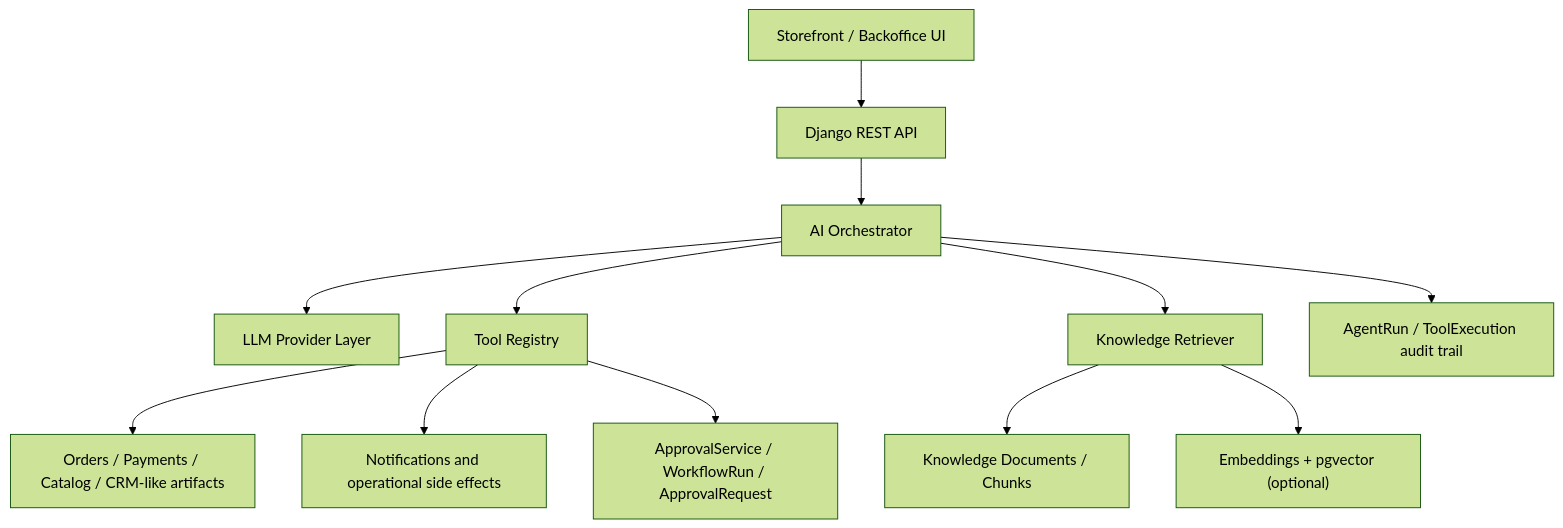
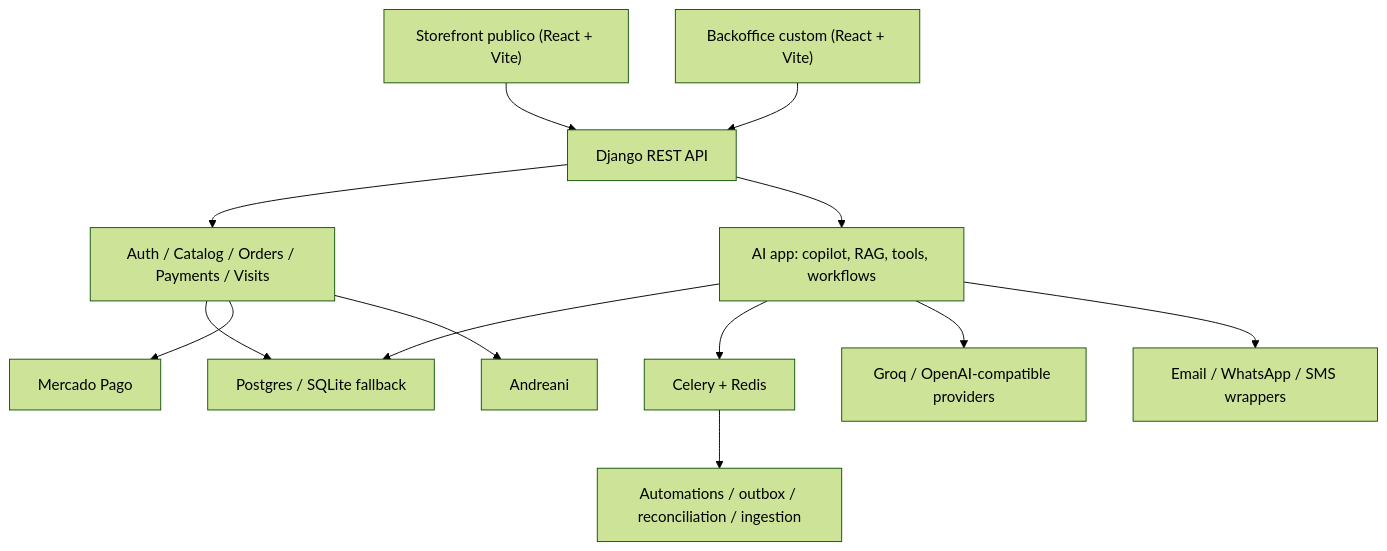
The first of 5 diagrams in README.md (villegasbraulio/La-Abeja), drawn with Mermaid (forest theme) before and after one commit. The commit also changed other lines of this file and 23 other files, not shown here.

````diff
--- a/README.md
+++ b/README.md
@@ -170,14 +32,15 @@
 ```mermaid
 flowchart TD
-    A["Storefront / Backoffice UI"] --> B["Django REST API"]
-    B --> C["AI Orchestrator"]
-    C --> D["LLM Provider Layer"]
-    C --> E["Tool Registry"]
-    C --> F["Knowledge Retriever"]
-    F --> G["Knowledge Documents / Chunks"]
-    F --> H["Embeddings + pgvector (optional)"]
-    E --> I["Orders / Payments / Catalog / CRM-like artifacts"]
-    E --> J["Notifications and operational side effects"]
-    C --> K["AgentRun / ToolExecution audit trail"]
-    E --> L["ApprovalService / WorkflowRun / ApprovalRequest"]
+    A["Storefront publico (React + Vite)"] --> B["Django REST API"]
+    C["Backoffice custom (React + Vite)"] --> B
+    B --> D["Auth / Catalog / Orders / Payments / Visits"]
+    B --> E["AI app: copilot, RAG, tools, workflows"]
+    D --> F["Postgres / SQLite fallback"]
+    E --> F
+    E --> G["Celery + Redis"]
+    G --> H["Automations / outbox / reconciliation / ingestion"]
+    D --> I["Mercado Pago"]
+    D --> J["Andreani"]
+    E --> K["Groq / OpenAI-compatible providers"]
+    E --> L["Email / WhatsApp / SMS wrappers"]
 ```
````
